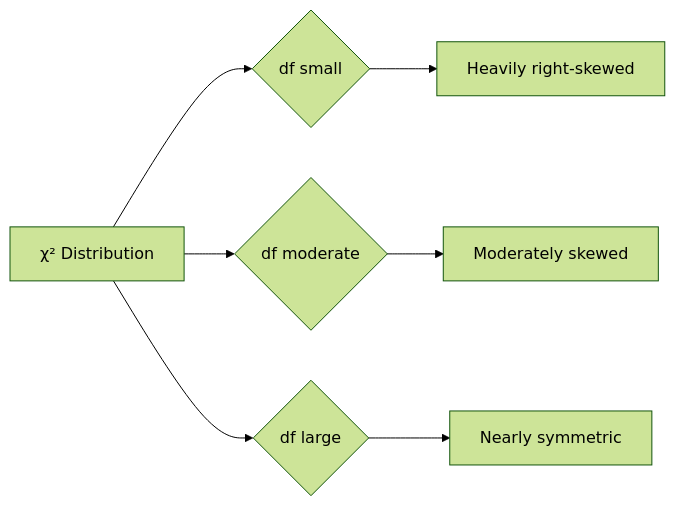
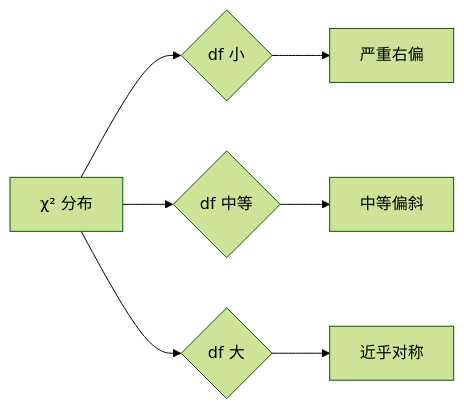
Before and after one commit to xieguaiwu/Notes: the first of 2 diagrams in Math/Statistics/AP_Statistics/Unit_8_Chi-Square_Tests.md, drawn with Mermaid (forest theme). The commit also changed other lines of this file and 30 other files, not shown here.

Commit message:
obsidian-note-generation: translate all AP Statistics notes to Chinese, fix format issues (H1, --- separators, Unicode→LaTeX), add chart types review note

````diff
--- a/Math/Statistics/AP_Statistics/Unit_8_Chi-Square_Tests.md
+++ b/Math/Statistics/AP_Statistics/Unit_8_Chi-Square_Tests.md
@@ -29,9 +27,9 @@
 ```mermaid
 flowchart LR
-    A[χ² Distribution] --> B{df small}
-    A --> C{df moderate}
-    A --> D{df large}
-    B --> E[Heavily right-skewed]
-    C --> F[Moderately skewed]
-    D --> G[Nearly symmetric]
+    A[χ² 分布] --> B{df 小}
+    A --> C{df 中等}
+    A --> D{df 大}
+    B --> E[严重右偏]
+    C --> F[中等偏斜]
+    D --> G[近乎对称]
 ```
````
